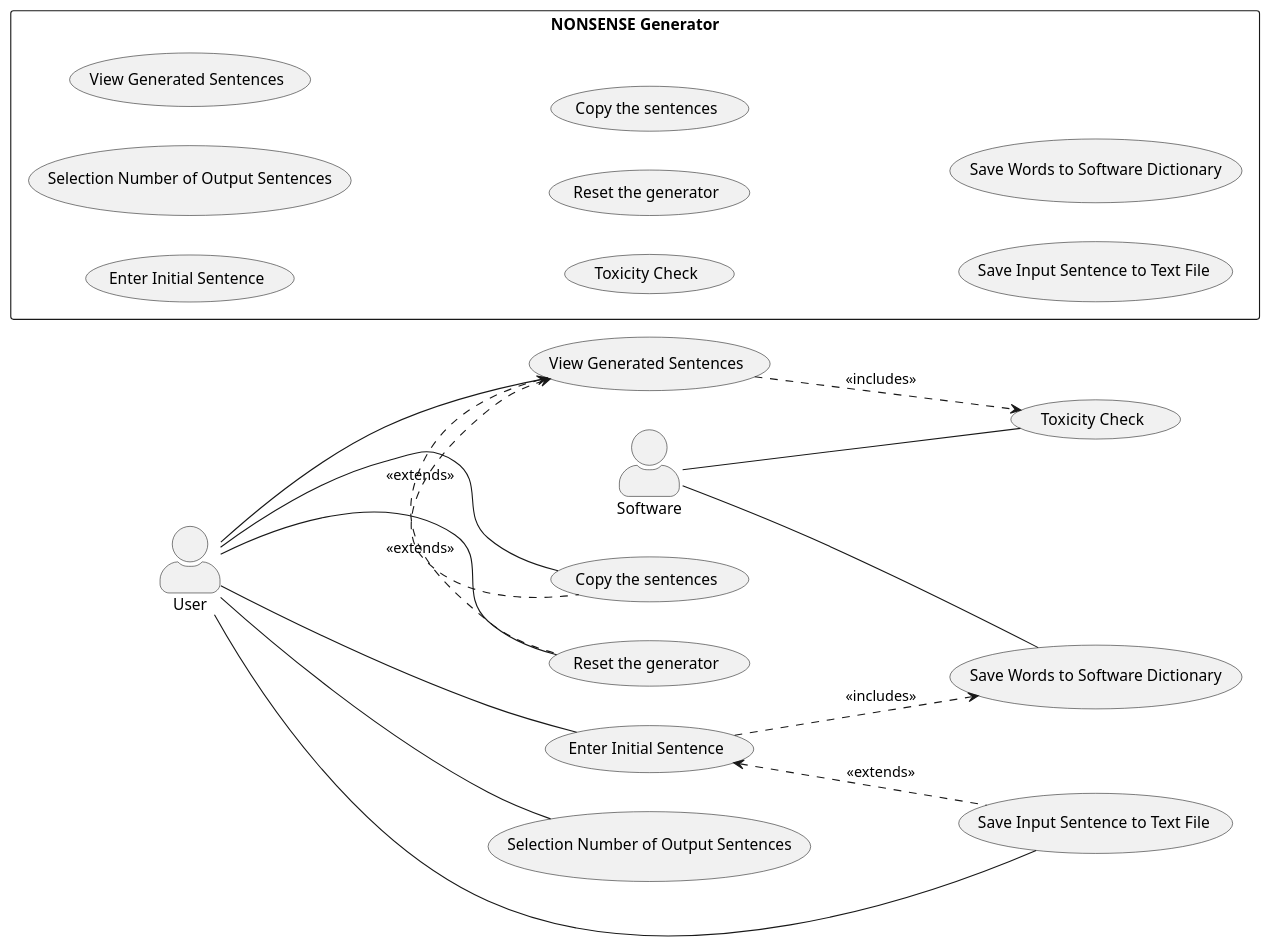
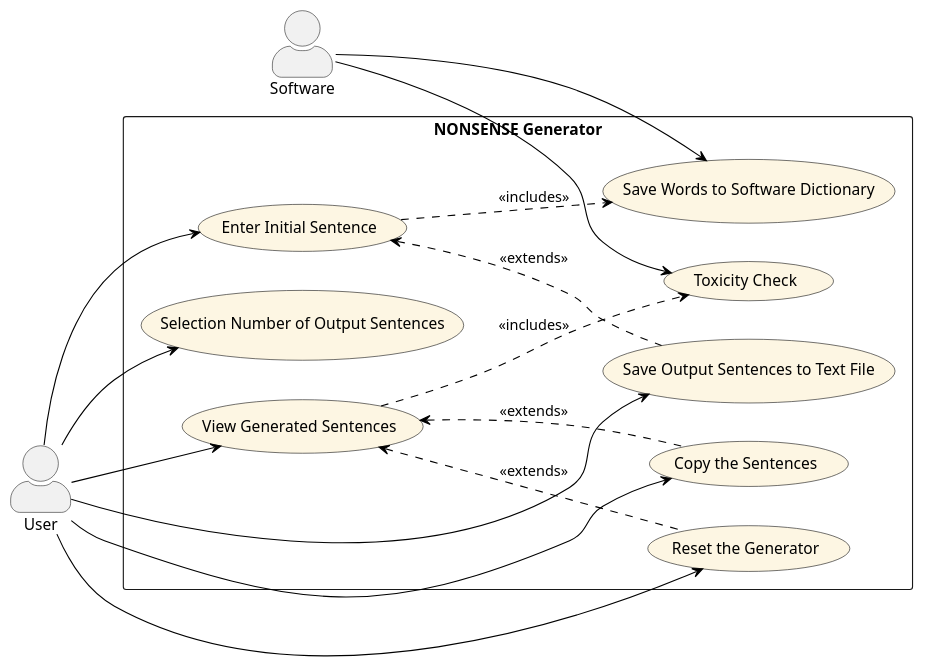
The diagram in docs/resources/Use_Cases.md (giuliagirotto/NONSENSE-generator), drawn with PlantUML before and after one commit. The commit also changed other lines of this file, not shown here.

````diff
--- a/docs/resources/Use_Cases.md
+++ b/docs/resources/Use_Cases.md
@@ -308,39 +48,54 @@
 ```plantuml
 @startuml
-
 left to right direction
 skinparam actorStyle awesome
-
-actor User
-actor Software
-
-rectangle "NONSENSE Generator" {
-  usecase "Enter Initial Sentence" as UC1
-  usecase "Selection Number of Output Sentences" as UC2
-  usecase "View Generated Sentences" as UC3
-  usecase "Toxicity Check" as UC4
-  usecase "Reset the generator" as UC5
-  usecase "Copy the sentences" as UC6
-  usecase "Save Input Sentence to Text File" as UC7
-  usecase "Save Words to Software Dictionary" as UC8
+skinparam usecase {
+  BackgroundColor #fdf6e3
+  BorderColor black
+  ArrowColor black
 }
 
-User -- (Enter Initial Sentence)
-User -- (Selection Number of Output Sentences)
-User -- (View Generated Sentences)
-User -- (Reset the generator)
-User -- (Copy the sentences)
-User -- (Save Input Sentence to Text File)
+' Attori
+actor Software as S
+actor User as U
 
-Software -- (Toxicity Check)
-Software -- (Save Words to Software Dictionary)
+' Sistema
+rectangle "NONSENSE Generator" {
 
-(Enter Initial Sentence) -[dashed]-> (Save Words to Software Dictionary) : "<<includes>>"
-(View Generated Sentences) -[dashed]-> (Toxicity Check) : "<<includes>>"
-(View Generated Sentences) <-[dashed]right- (Copy the sentences) : "<<extends>>"
-(View Generated Sentences) <-[dashed]right- (Reset the generator) : "<<extends>>"
-(Enter Initial Sentence) <-[dashed]- (Save Input Sentence to Text File) : "<<extends>>"
+  ' Input
+  usecase UC1 as "Enter Initial Sentence"
+  usecase UC2 as "Selection Number of Output Sentences"
 
+  ' Elaborazione
+  usecase UC3 as "View Generated Sentences"
+  usecase UC4 as "Toxicity Check"
 
+  ' Azioni post-output
+  usecase UC5 as "Reset the Generator"
+  usecase UC6 as "Copy the Sentences"
+  usecase UC7 as "Save Output Sentences to Text File"
+
+  ' Automatico
+  usecase UC8 as "Save Words to Software Dictionary"
+}
+
+' === Associazioni User ===
+U --> UC1
+U --> UC2
+U --> UC3
+U --> UC5
+U --> UC6
+U --> UC7
+
+' === Associazioni Software ===
+S --> UC4
+S --> UC8
+
+' === Relazioni tra use cases ===
+UC1 -[dashed]-> UC8 : <<includes>>
+UC3 -[dashed]-> UC4 : <<includes>>
+UC3 <-[dashed]- UC6 : <<extends>>
+UC3 <-[dashed]- UC5 : <<extends>>
+UC1 <-[dashed]- UC7 : <<extends>>
 @enduml
 ```
````
